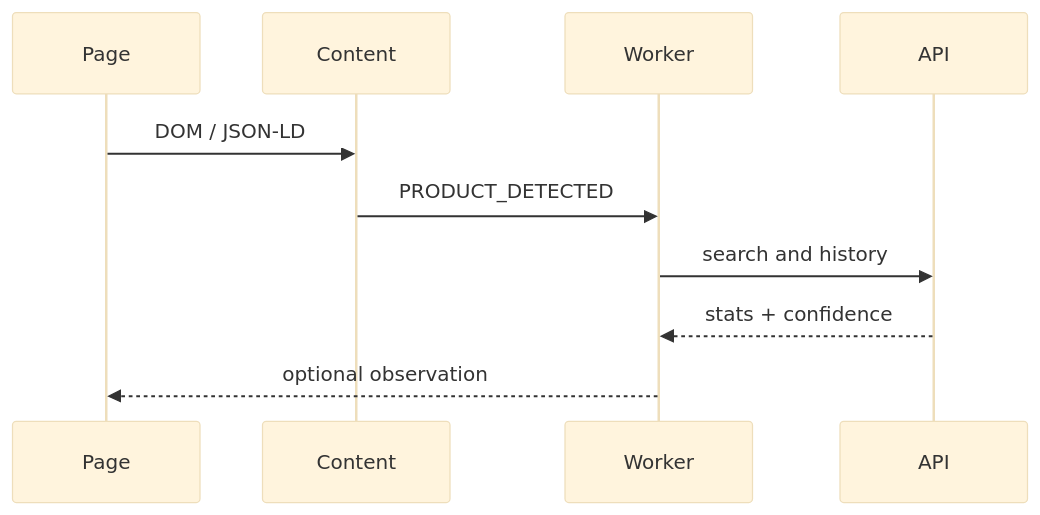
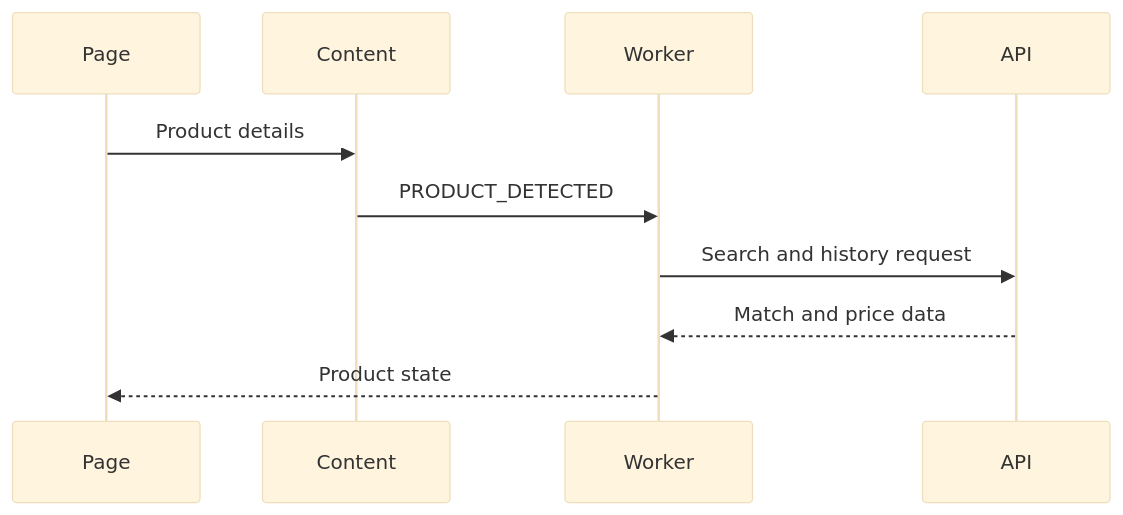
One commit to ErSamano/enComercialesExtension changed the diagram in docs/browser-extension/DEVELOPER_GUIDE.md. Above: the diagram before and after it, drawn with Mermaid (base theme). The commit also changed other lines of this file, not shown here.

Commit message:
refactor: remove local CSV API and focus hosted service

````diff
--- a/docs/browser-extension/DEVELOPER_GUIDE.md
+++ b/docs/browser-extension/DEVELOPER_GUIDE.md
@@ -5,12 +5,12 @@
 ```mermaid
 sequenceDiagram
   participant Page
   participant Content
   participant Worker
   participant API
-  Page->>Content: DOM / JSON-LD
+  Page->>Content: Product details
   Content->>Worker: PRODUCT_DETECTED
-  Worker->>API: search and history
-  API-->>Worker: stats + confidence
-  Worker-->>Page: optional observation
+  Worker->>API: Search and history request
+  API-->>Worker: Match and price data
+  Worker-->>Page: Product state
 ```
````
